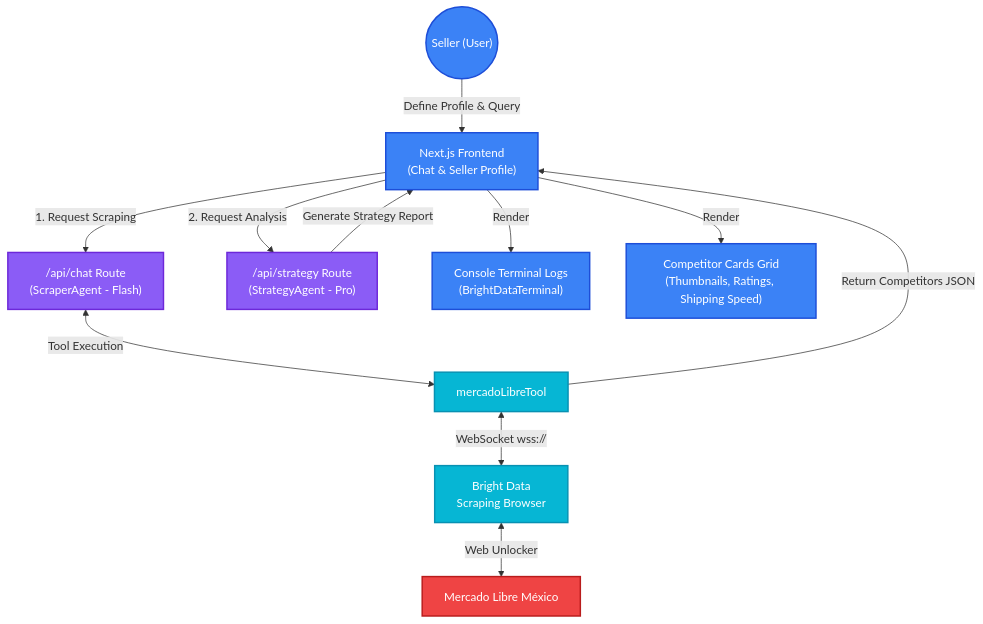
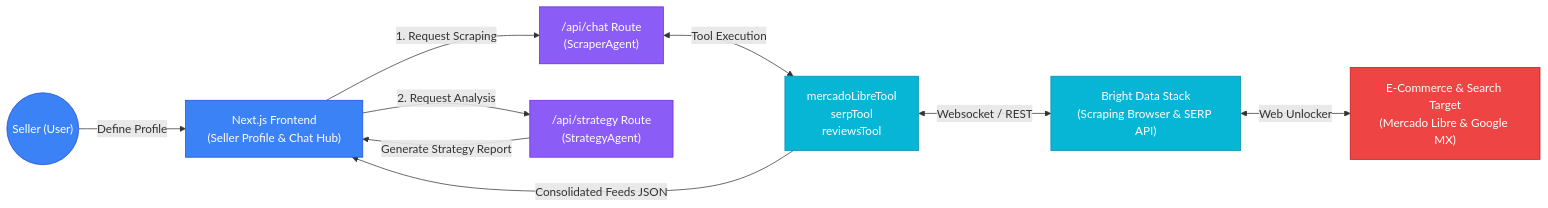
Before and after one commit to JaDi03/BuyBoxAgent: the fourth of 4 diagrams in README.md, drawn with Mermaid. The commit also changed other lines of this file, not shown here.

Commit message:
docs: break down readme diagrams into horizontal sections and add collapsible technical view

````diff
--- a/README.md
+++ b/README.md
@@ -74,22 +127,18 @@
 ```mermaid
-graph TD
+graph LR
     %% Styling %%
-    classDef client fill:#3B82F6,stroke:#1D4ED8,stroke-width:2px,color:#fff
-    classDef agent fill:#8B5CF6,stroke:#6D28D9,stroke-width:2px,color:#fff
-    classDef scraper fill:#06B6D4,stroke:#0891B2,stroke-width:2px,color:#fff
-    classDef target fill:#EF4444,stroke:#B91C1C,stroke-width:2px,color:#fff
+    classDef client fill:#3B82F6,stroke:#1D4ED8,stroke-width:1px,color:#fff
+    classDef agent fill:#8B5CF6,stroke:#6D28D9,stroke-width:1px,color:#fff
+    classDef scraper fill:#06B6D4,stroke:#0891B2,stroke-width:1px,color:#fff
+    classDef target fill:#EF4444,stroke:#B91C1C,stroke-width:1px,color:#fff
 
-    User(("Seller (User)")):::client -->|Define Profile & Query| UI["Next.js Frontend<br/>(Chat & Seller Profile)"]:::client
-    UI -->|1. Request Scraping| ChatAPI["/api/chat Route<br/>(ScraperAgent - Flash)"]:::agent
-    ChatAPI <-->|Tool Execution| MLTool["mercadoLibreTool"]:::scraper
-    MLTool <-->|WebSocket wss://| BD["Bright Data<br/>Scraping Browser"]:::scraper
-    BD <-->|Web Unlocker| ML["Mercado Libre México"]:::target
+    User(("Seller (User)")):::client -->|Define Profile| UI["Next.js Frontend<br/>(Seller Profile & Chat Hub)"]:::client
+    UI -->|1. Request Scraping| ChatAPI["/api/chat Route<br/>(ScraperAgent)"]:::agent
+    ChatAPI <-->|Tool Execution| Tools["mercadoLibreTool<br/>serpTool<br/>reviewsTool"]:::scraper
+    Tools <-->|Websocket / REST| BD["Bright Data Stack<br/>(Scraping Browser & SERP API)"]:::scraper
+    BD <-->|Web Unlocker| Target["E-Commerce & Search Target<br/>(Mercado Libre & Google MX)"]:::target
     
-    MLTool -->|Return Competitors JSON| UI
-    
-    UI -->|2. Request Analysis| StrategyAPI["/api/strategy Route<br/>(StrategyAgent - Pro)"]:::agent
+    Tools -->|Consolidated Feeds JSON| UI
+    UI -->|2. Request Analysis| StrategyAPI["/api/strategy Route<br/>(StrategyAgent)"]:::agent
     StrategyAPI -->|Generate Strategy Report| UI
-    
-    UI -->|Render| Terminal["Console Terminal Logs<br/>(BrightDataTerminal)"]:::client
-    UI -->|Render| Competitors["Competitor Cards Grid<br/>(Thumbnails, Ratings, Shipping Speed)"]:::client
 ```
````
